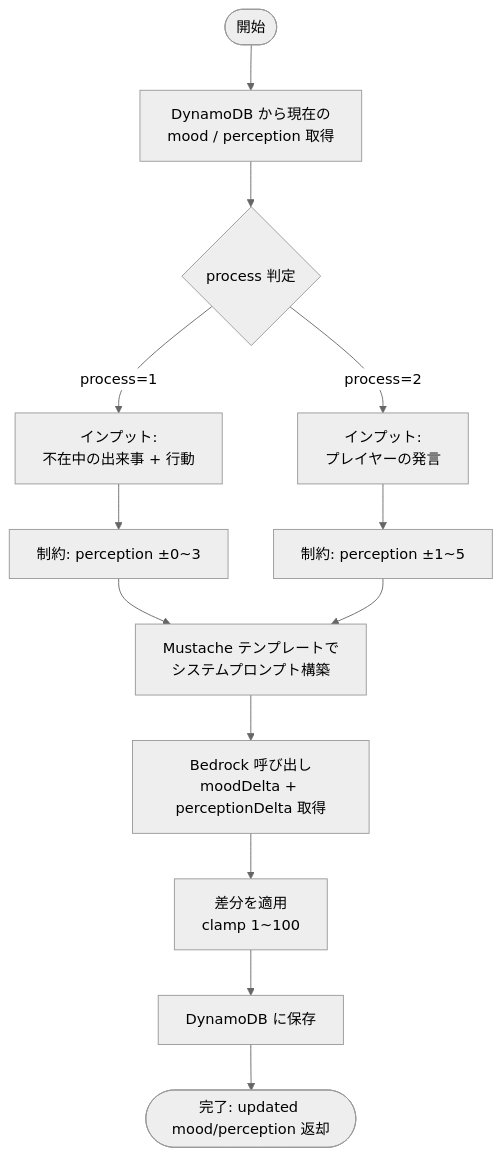
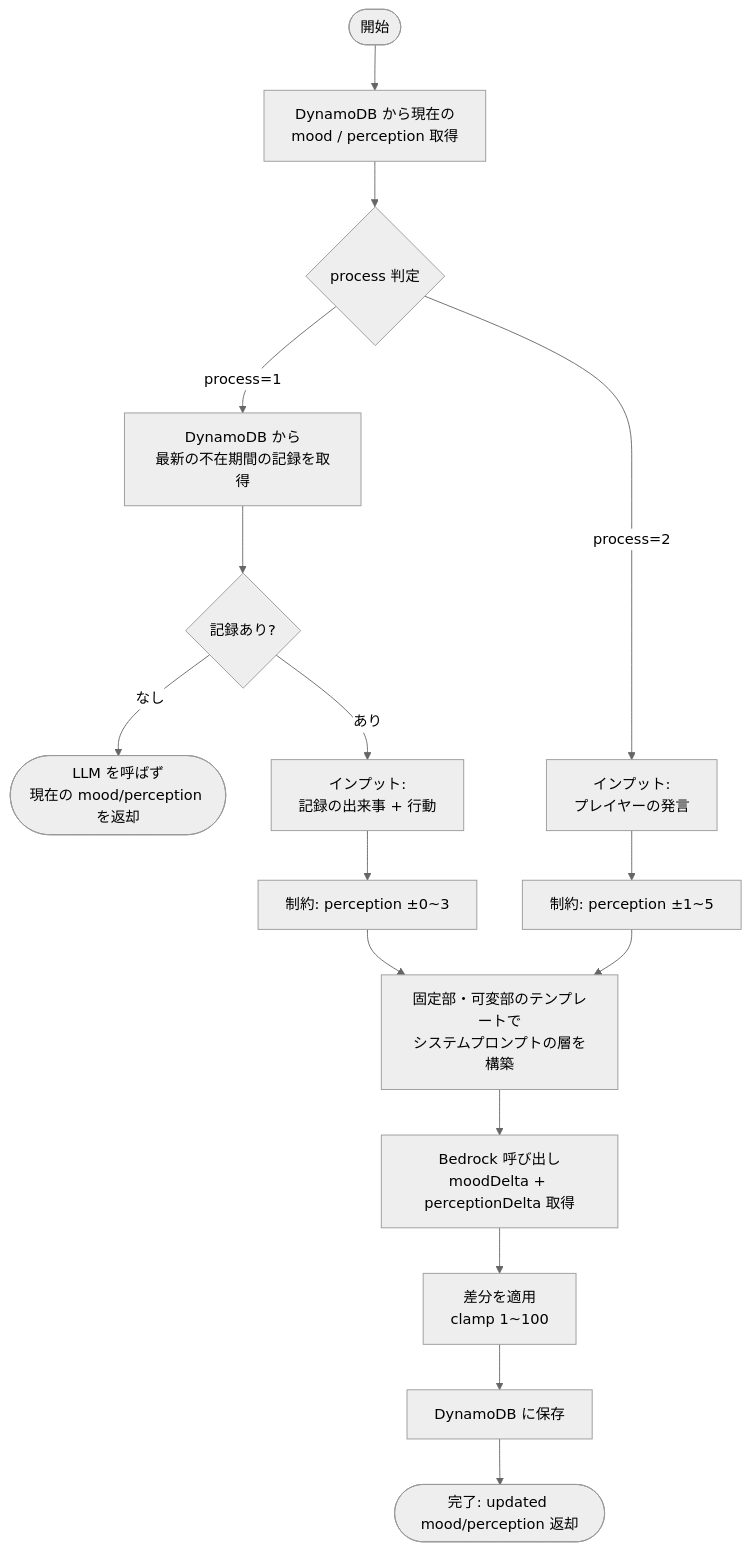
The eighth of 10 diagrams in README.md (yatohana1231-ux/vtuber-simulator-api), drawn with Mermaid (neutral theme) before and after one commit. The commit also changed other lines of this file and 3 other files, not shown here.

````diff
--- a/README.md
+++ b/README.md
@@ -340,15 +364,18 @@
 ```mermaid
 flowchart TD
     START([開始]) --> GET_STATE[DynamoDB から現在の<br/>mood / perception 取得]
     GET_STATE --> BUILD_INPUT{process 判定}
-    BUILD_INPUT -->|process=1| INPUT1[インプット:<br/>不在中の出来事 + 行動]
+    BUILD_INPUT -->|process=1| GET_REC[DynamoDB から<br/>最新の不在期間の記録を取得]
+    GET_REC --> HAS_REC{記録あり?}
+    HAS_REC -->|なし| SKIP([LLM を呼ばず<br/>現在の mood/perception を返却])
+    HAS_REC -->|あり| INPUT1[インプット:<br/>記録の出来事 + 行動]
     BUILD_INPUT -->|process=2| INPUT2[インプット:<br/>プレイヤーの発言]
     INPUT1 --> RULE1[制約: perception ±0~3]
     INPUT2 --> RULE2[制約: perception ±1~5]
-    RULE1 --> PROMPT[Mustache テンプレートで<br/>システムプロンプト構築]
+    RULE1 --> PROMPT[固定部・可変部のテンプレートで<br/>システムプロンプトの層を構築]
     RULE2 --> PROMPT
     PROMPT --> BEDROCK[Bedrock 呼び出し<br/>moodDelta + perceptionDelta 取得]
     BEDROCK --> APPLY[差分を適用<br/>clamp 1~100]
     APPLY --> SAVE[DynamoDB に保存]
     SAVE --> END_([完了: updated mood/perception 返却])
 ```
````
